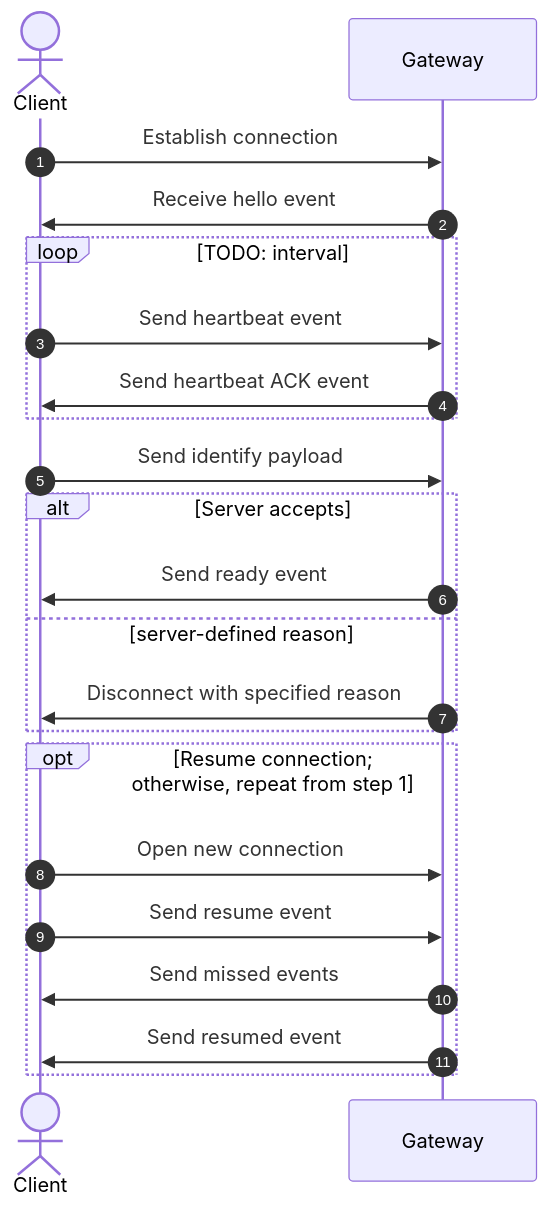
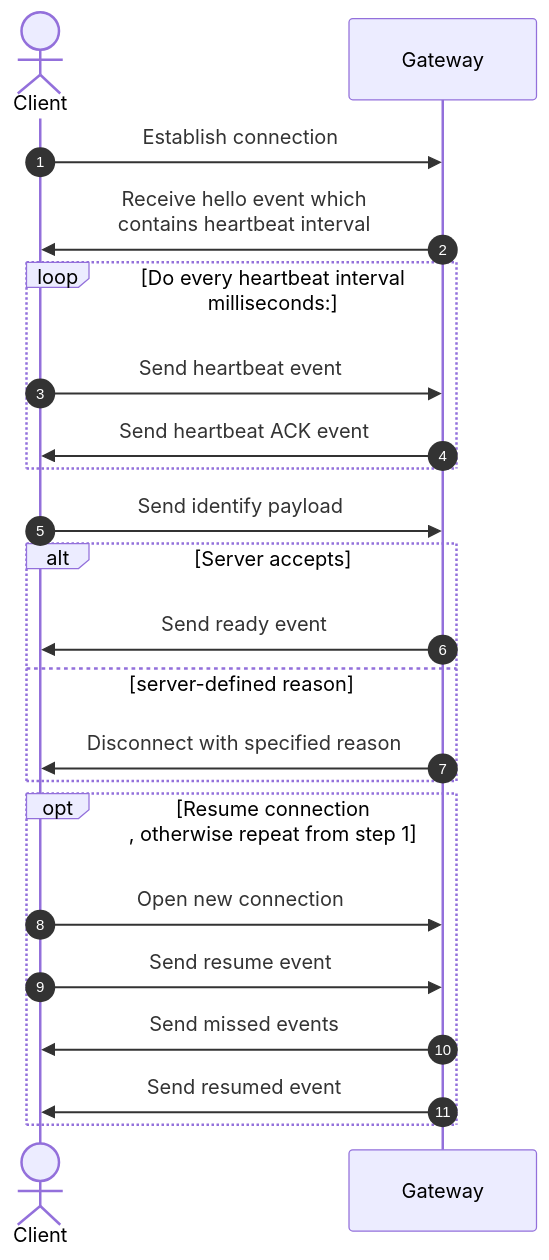
One commit to polyphony-chat/docs changed the first of 9 diagrams in docs/Protocol Specifications/core.md. Above: the diagram before and after it, drawn with Mermaid.

Commit message:
closes [p2-core] Fix "TODO" in Fig. 1 #134, closes [p2-core] Re-work chapter 4.1.2: "Sensitive actions" #137

````diff
--- a/docs/Protocol Specifications/core.md
+++ b/docs/Protocol Specifications/core.md
@@ -211,32 +211,32 @@
 ```mermaid
 sequenceDiagram
 autonumber
 
 actor c as Client
 participant g as Gateway
 
 c->>g: Establish connection
-g->>c: Receive hello event
+g->>c: Receive hello event which<br/>contains heartbeat interval
 
-loop TODO: interval
+loop Do every heartbeat interval milliseconds:
   c->>g: Send heartbeat event
   g->>c: Send heartbeat ACK event
 end
 
 c->>g: Send identify payload
 
 alt Server accepts
   g->>c: Send ready event
 else server-defined reason
   g->>c: Disconnect with specified reason
 end
 
 
-opt Resume connection#59;<br />otherwise, repeat from step 1
+opt Resume connection<br/>, otherwise repeat from step 1
   c->>g: Open new connection
   c->>g: Send resume event
   g->>c: Send missed events
   g->>c: Send resumed event
 end
 
 ```
````
